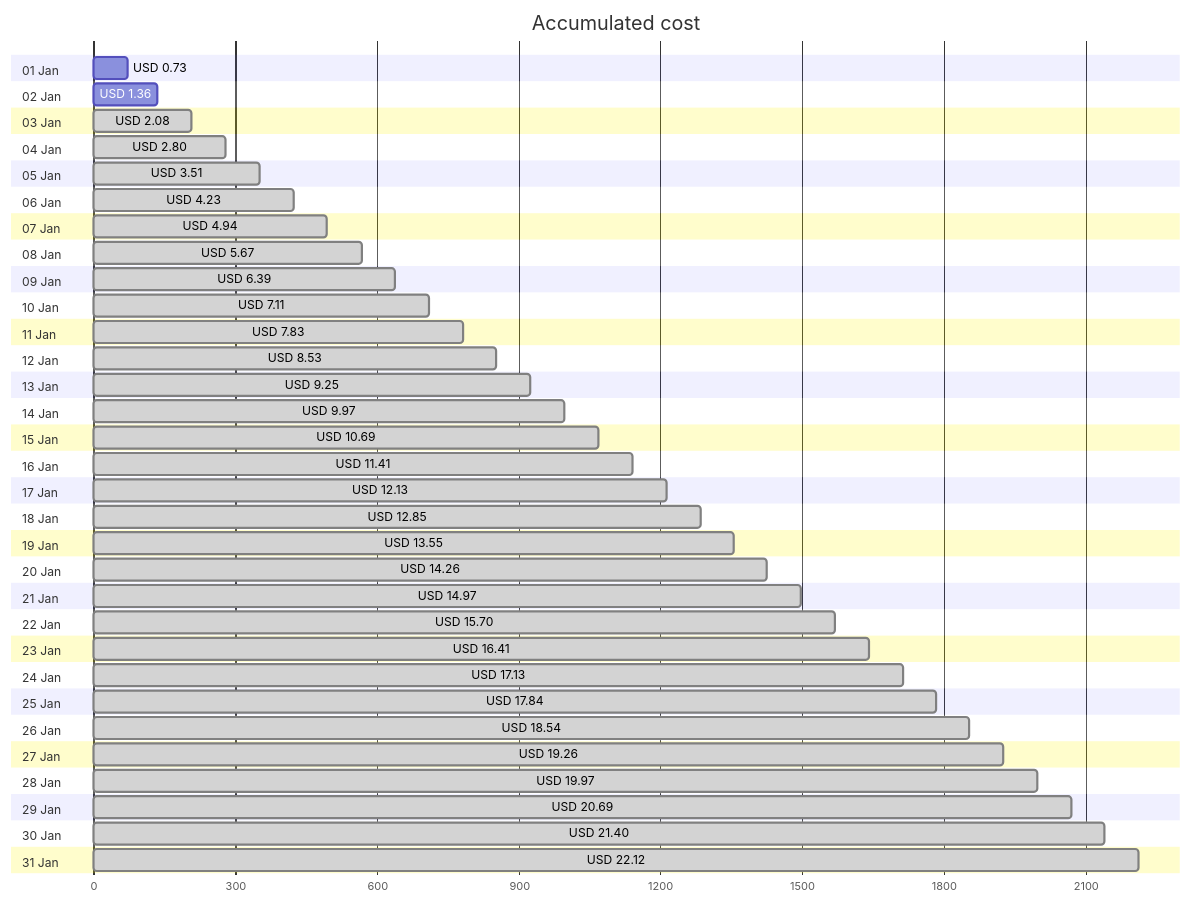
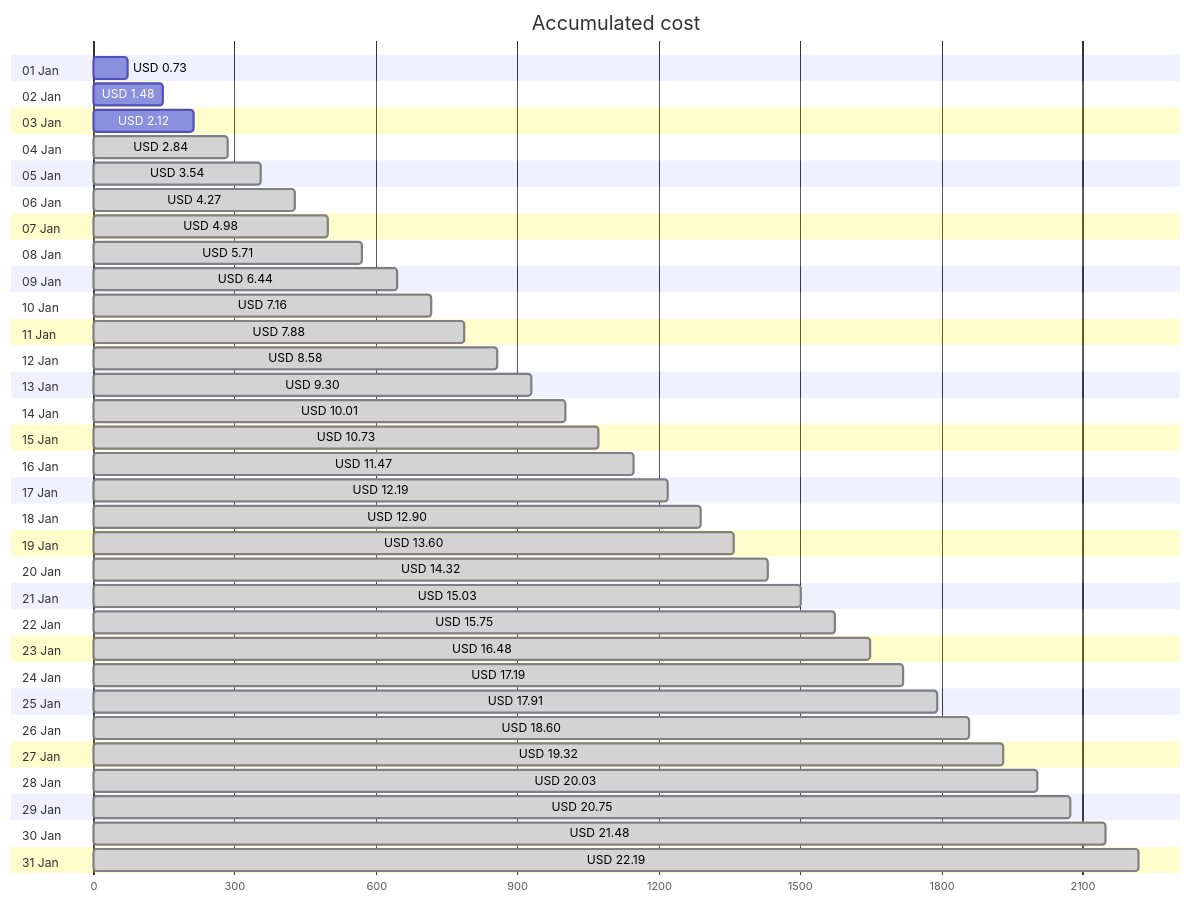
The first of 4 diagrams in cost-reports/personal-network/backup-server-data-disk.md (jpfulton/azure-personal-reports), drawn with Mermaid before and after one commit. The commit also changed other lines of this file and 8 other files, not shown here.

````diff
--- a/cost-reports/personal-network/backup-server-data-disk.md
+++ b/cost-reports/personal-network/backup-server-data-disk.md
@@ -20,68 +20,68 @@
 ```mermaid
 gantt
    title Accumulated cost
    dateFormat  X
    axisFormat %s
    section 01 Jan
    USD 0.73 :0, 73
    section 02 Jan
-   USD 1.36 :0, 136
+   USD 1.48 :0, 148
    section 03 Jan
-   USD 2.08 : done, 0, 208
+   USD 2.12 :0, 212
    section 04 Jan
-   USD 2.80 : done, 0, 280
+   USD 2.84 : done, 0, 284
    section 05 Jan
-   USD 3.51 : done, 0, 351
+   USD 3.54 : done, 0, 354
    section 06 Jan
-   USD 4.23 : done, 0, 423
+   USD 4.27 : done, 0, 427
    section 07 Jan
-   USD 4.94 : done, 0, 494
+   USD 4.98 : done, 0, 498
    section 08 Jan
-   USD 5.67 : done, 0, 567
+   USD 5.71 : done, 0, 571
    section 09 Jan
-   USD 6.39 : done, 0, 639
+   USD 6.44 : done, 0, 644
    section 10 Jan
-   USD 7.11 : done, 0, 711
+   USD 7.16 : done, 0, 716
    section 11 Jan
-   USD 7.83 : done, 0, 783
+   USD 7.88 : done, 0, 788
    section 12 Jan
-   USD 8.53 : done, 0, 853
+   USD 8.58 : done, 0, 858
    section 13 Jan
-   USD 9.25 : done, 0, 925
+   USD 9.30 : done, 0, 930
    section 14 Jan
-   USD 9.97 : done, 0, 997
+   USD 10.01 : done, 0, 1001
    section 15 Jan
-   USD 10.69 : done, 0, 1069
+   USD 10.73 : done, 0, 1073
    section 16 Jan
-   USD 11.41 : done, 0, 1141
+   USD 11.47 : done, 0, 1147
    section 17 Jan
-   USD 12.13 : done, 0, 1213
+   USD 12.19 : done, 0, 1219
    section 18 Jan
-   USD 12.85 : done, 0, 1285
+   USD 12.90 : done, 0, 1290
    section 19 Jan
-   USD 13.55 : done, 0, 1355
+   USD 13.60 : done, 0, 1360
    section 20 Jan
-   USD 14.26 : done, 0, 1426
+   USD 14.32 : done, 0, 1432
    section 21 Jan
-   USD 14.97 : done, 0, 1497
+   USD 15.03 : done, 0, 1503
    section 22 Jan
-   USD 15.70 : done, 0, 1570
+   USD 15.75 : done, 0, 1575
    section 23 Jan
-   USD 16.41 : done, 0, 1641
+   USD 16.48 : done, 0, 1648
    section 24 Jan
-   USD 17.13 : done, 0, 1713
+   USD 17.19 : done, 0, 1719
    section 25 Jan
-   USD 17.84 : done, 0, 1784
+   USD 17.91 : done, 0, 1791
    section 26 Jan
-   USD 18.54 : done, 0, 1854
+   USD 18.60 : done, 0, 1860
    section 27 Jan
-   USD 19.26 : done, 0, 1926
+   USD 19.32 : done, 0, 1932
    section 28 Jan
-   USD 19.97 : done, 0, 1997
+   USD 20.03 : done, 0, 2003
    section 29 Jan
-   USD 20.69 : done, 0, 2069
+   USD 20.75 : done, 0, 2075
    section 30 Jan
-   USD 21.40 : done, 0, 2140
+   USD 21.48 : done, 0, 2148
    section 31 Jan
-   USD 22.12 : done, 0, 2212
+   USD 22.19 : done, 0, 2219
 ```
````
